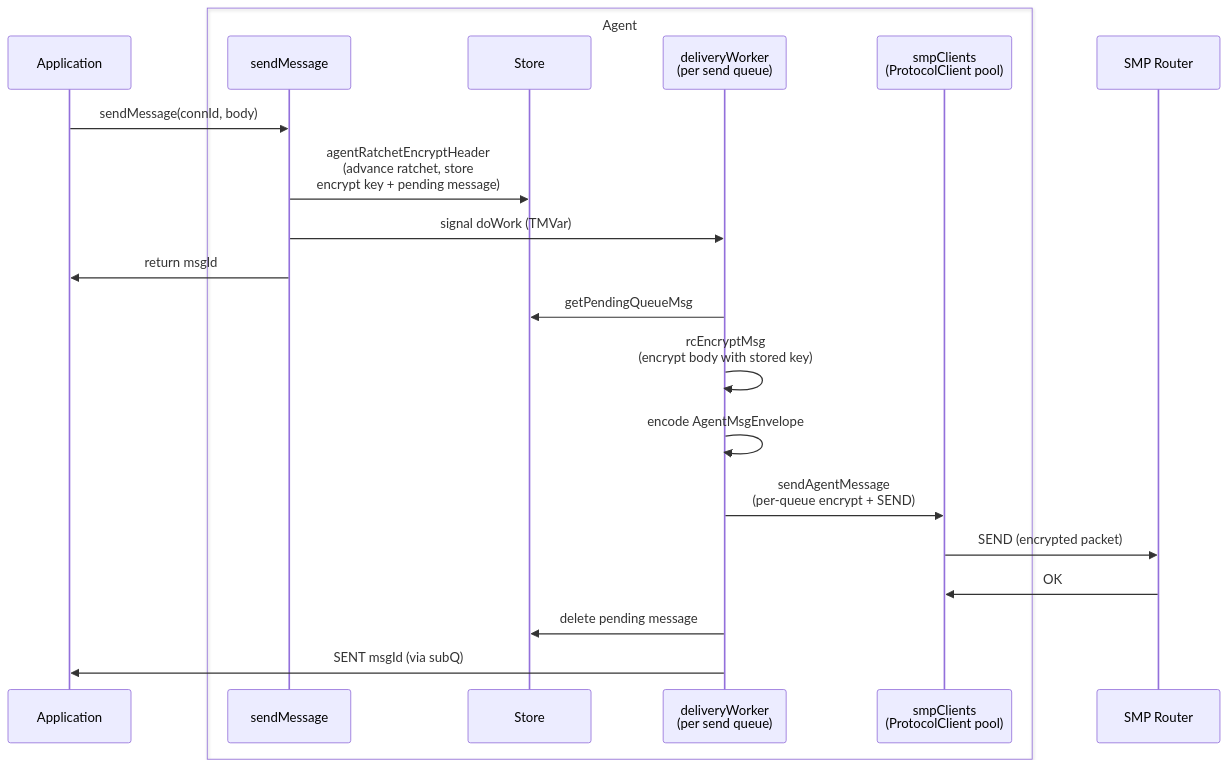
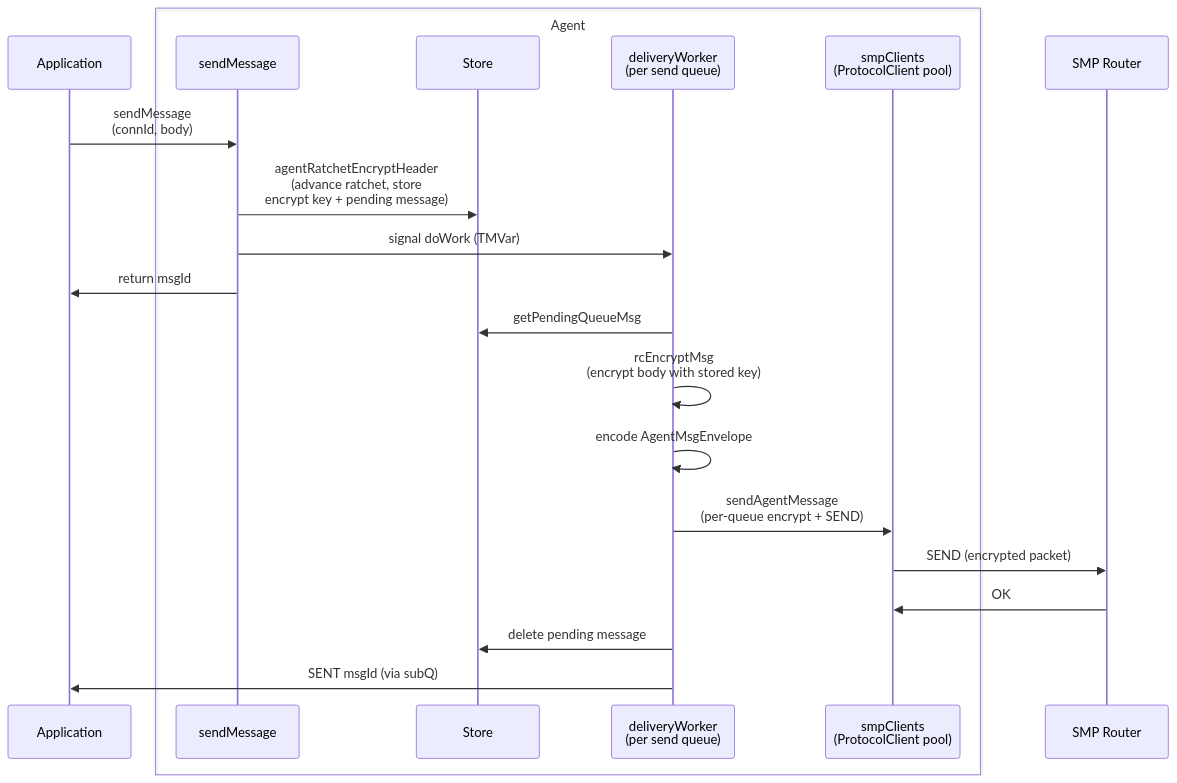
The second of 4 diagrams in spec/agent.md (simplex-chat/simplexmq), drawn with Mermaid before and after one commit. The commit also changed other lines of this file, not shown here.

Commit message:
sequence diagrams layout

````diff
--- a/spec/agent.md
+++ b/spec/agent.md
@@ -54,28 +54,28 @@
 ```mermaid
 sequenceDiagram
     participant App as Application
 
     box Agent
         participant API as sendMessage
         participant St as Store
         participant DW as deliveryWorker<br>(per send queue)
         participant SC as smpClients<br>(ProtocolClient pool)
     end
 
     participant R as SMP Router
 
-    App->>API: sendMessage(connId, body)
+    App->>API: sendMessage<br>(connId, body)
     API->>St: agentRatchetEncryptHeader<br>(advance ratchet, store<br>encrypt key + pending message)
     API->>DW: signal doWork (TMVar)
     API->>App: return msgId
 
     DW->>St: getPendingQueueMsg
     DW->>DW: rcEncryptMsg<br>(encrypt body with stored key)
     DW->>DW: encode AgentMsgEnvelope
     DW->>SC: sendAgentMessage<br>(per-queue encrypt + SEND)
     SC->>R: SEND (encrypted packet)
     R->>SC: OK
 
     DW->>St: delete pending message
     DW->>App: SENT msgId (via subQ)
 ```
````
